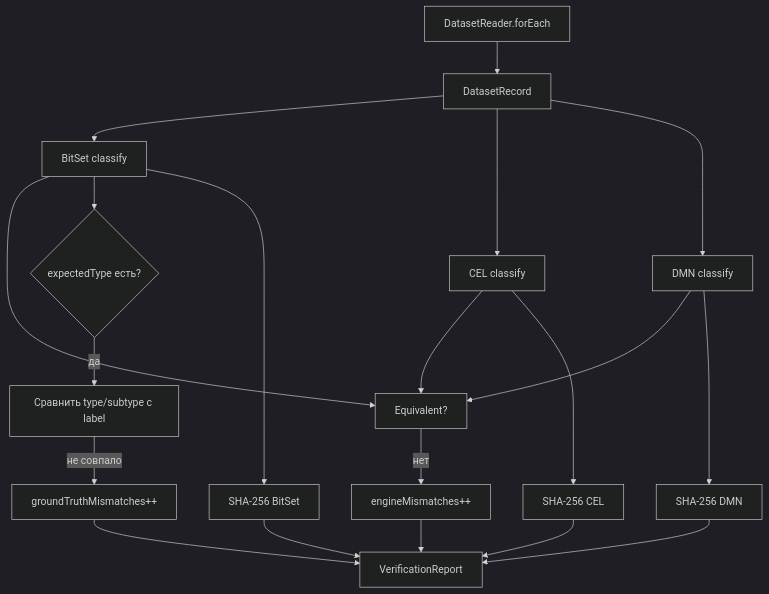
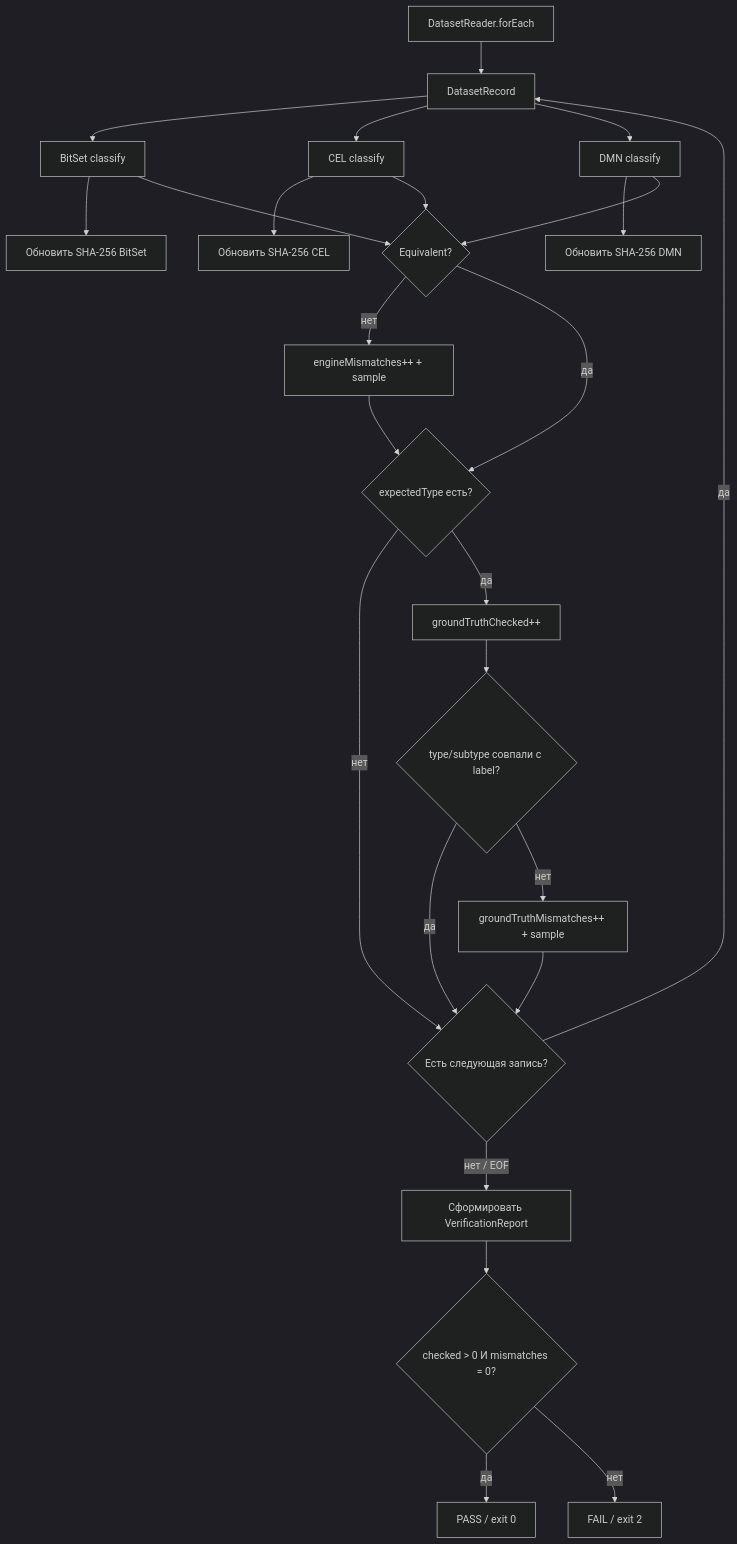
The fifth of 6 diagrams in docs/IMPLEMENTATION_RU.md (GAbra/itam-asset-typing-benchmark), drawn with Mermaid (dark theme) before and after one commit. The commit also changed other lines of this file, not shown here.

Commit message:
Correct detailed verify and benchmark flows and link static diagrams

````diff
--- a/docs/IMPLEMENTATION_RU.md
+++ b/docs/IMPLEMENTATION_RU.md
@@ -199,22 +152,27 @@
 ```mermaid
 flowchart TD
     R[DatasetReader.forEach] --> X[DatasetRecord]
     X --> B[BitSet classify]
     X --> C[CEL classify]
     X --> D[DMN classify]
-    B --> EQ[Equivalent?]
+    B --> H[Обновить SHA-256 BitSet]
+    C --> H2[Обновить SHA-256 CEL]
+    D --> H3[Обновить SHA-256 DMN]
+    B --> EQ{Equivalent?}
     C --> EQ
     D --> EQ
-    EQ -->|нет| EM[engineMismatches++]
-    B --> GT{expectedType есть?}
-    GT -->|да| GC[Сравнить type/subtype с label]
-    GC -->|не совпало| GM[groundTruthMismatches++]
-    B --> HB[SHA-256 BitSet]
-    C --> HC[SHA-256 CEL]
-    D --> HD[SHA-256 DMN]
-    EM --> REP[VerificationReport]
-    GM --> REP
-    HB --> REP
-    HC --> REP
-    HD --> REP
+    EQ -->|нет| EM[engineMismatches++ + sample]
+    EQ -->|да| GT{expectedType есть?}
+    EM --> GT
+    GT -->|нет| NEXT{Есть следующая запись?}
+    GT -->|да| GTC[groundTruthChecked++]
+    GTC --> GC{type/subtype совпали с label?}
+    GC -->|да| NEXT
+    GC -->|нет| GM[groundTruthMismatches++ + sample]
+    GM --> NEXT
+    NEXT -->|да| X
+    NEXT -->|нет / EOF| REP[Сформировать VerificationReport]
+    REP --> P{checked > 0 И mismatches = 0?}
+    P -->|да| OK[PASS / exit 0]
+    P -->|нет| FAIL[FAIL / exit 2]
 ```
````
